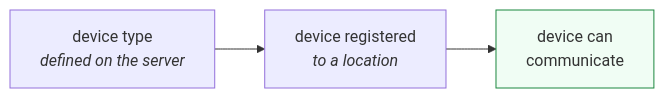
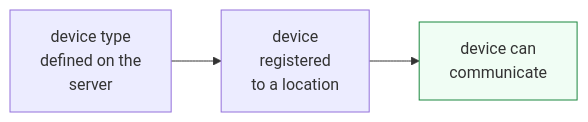
Before and after one commit to CareDailyAI/docs: the second of 2 diagrams in platform_apis/README.md, drawn with Mermaid. The commit also changed other lines of this file and 30 other files, not shown here.

First line of the commit message:
Diagrams: wrap every flowchart label to short rows so Chrome stops clipping them

````diff
--- a/platform_apis/README.md
+++ b/platform_apis/README.md
@@ -92,5 +92,5 @@
 ```mermaid
 flowchart LR
-    A["device type<br/><i>defined on the server</i>"] --> B["device registered<br/><i>to a location</i>"] --> C["device can<br/>communicate"]
+    A["device type<br/>defined on the<br/>server"] --> B["device<br/>registered<br/>to a location"] --> C["device can<br/>communicate"]
     style C fill:#f0fdf4,stroke:#1b873f
 ```
````
